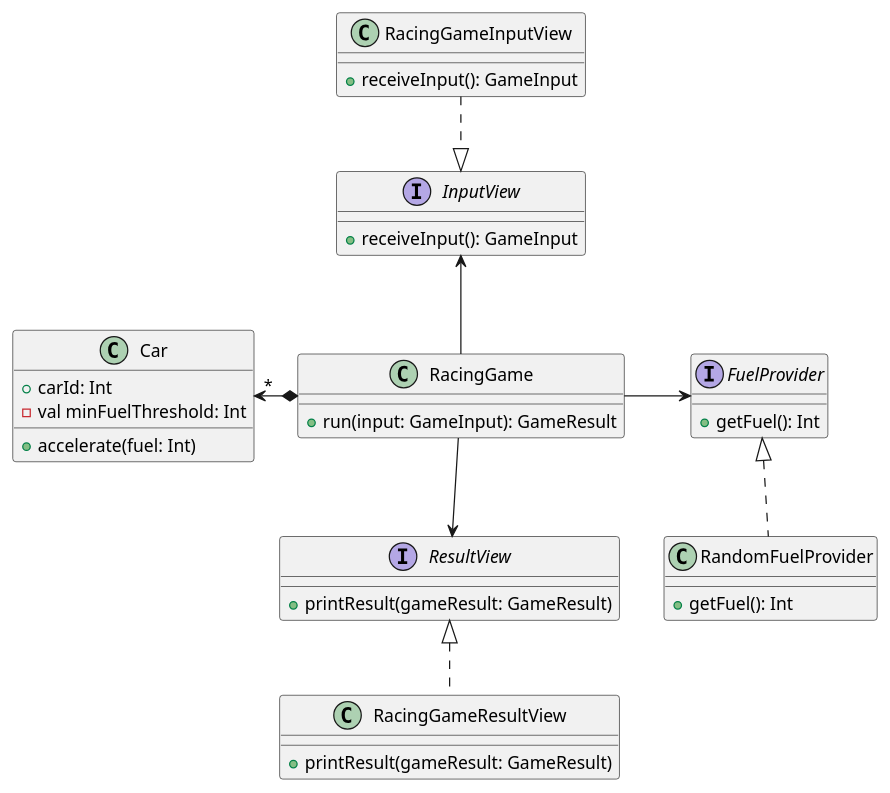
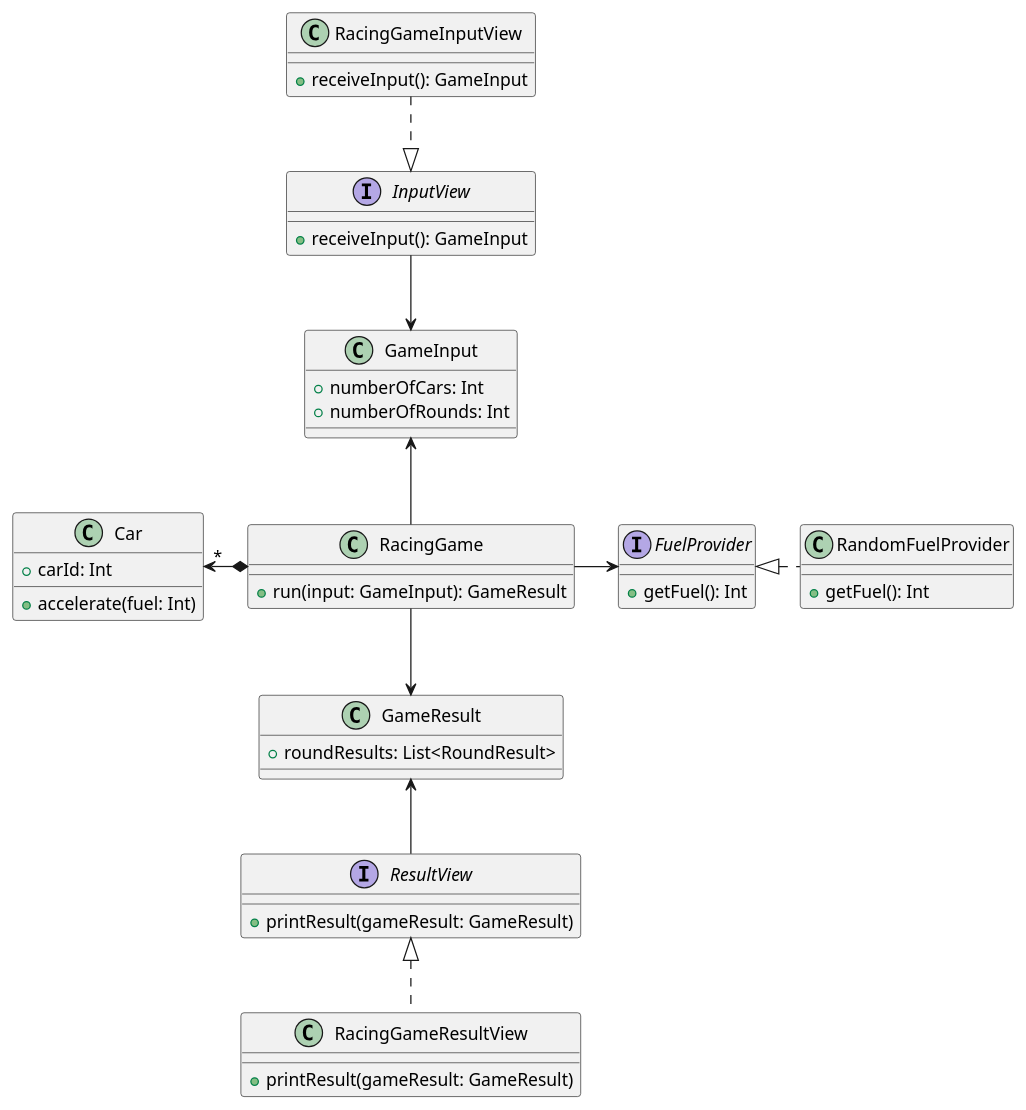
The diagram in src/docs/racingcar/racingcar.puml (next-step/kotlin-racingcar), drawn with PlantUML before and after one commit. The commit also changed 8 other files, not shown here.

Commit message:
refactor: Remove dependencies to views from racing game

```diff
--- a/src/docs/racingcar/racingcar.puml
+++ b/src/docs/racingcar/racingcar.puml
@@ -1,43 +1,56 @@
 @startuml
 
 interface InputView {
 + receiveInput(): GameInput
 }
 
 class RacingGameInputView {
 + receiveInput(): GameInput
 }
 
+class GameInput {
++ numberOfCars: Int
++ numberOfRounds: Int
+}
+
 interface ResultView {
 + printResult(gameResult: GameResult)
+}
+
+class GameResult {
++ roundResults: List<RoundResult>
 }
 
 class RacingGameResultView implements ResultView {
 + printResult(gameResult: GameResult)
 }
 
 interface FuelProvider {
 + getFuel(): Int
 }
 
-class RandomFuelProvider implements FuelProvider {
+class RandomFuelProvider {
 + getFuel(): Int
 }
 
 class Car {
 + carId: Int
-- val minFuelThreshold: Int
 + accelerate(fuel: Int)
 }
 
 class RacingGame {
 + run(input: GameInput): GameResult
 }
 
 RacingGame *-left-> "*" Car
 RacingGame -> FuelProvider
-RacingGame -up-> InputView
+RandomFuelProvider .left.|> FuelProvider
+
+RacingGame -up-> GameInput
+InputView -down-> GameInput
 RacingGameInputView ..|> InputView
-RacingGame -down-> ResultView
+
+RacingGame -down-> GameResult
+ResultView -up-> GameResult
 
 @enduml
```
